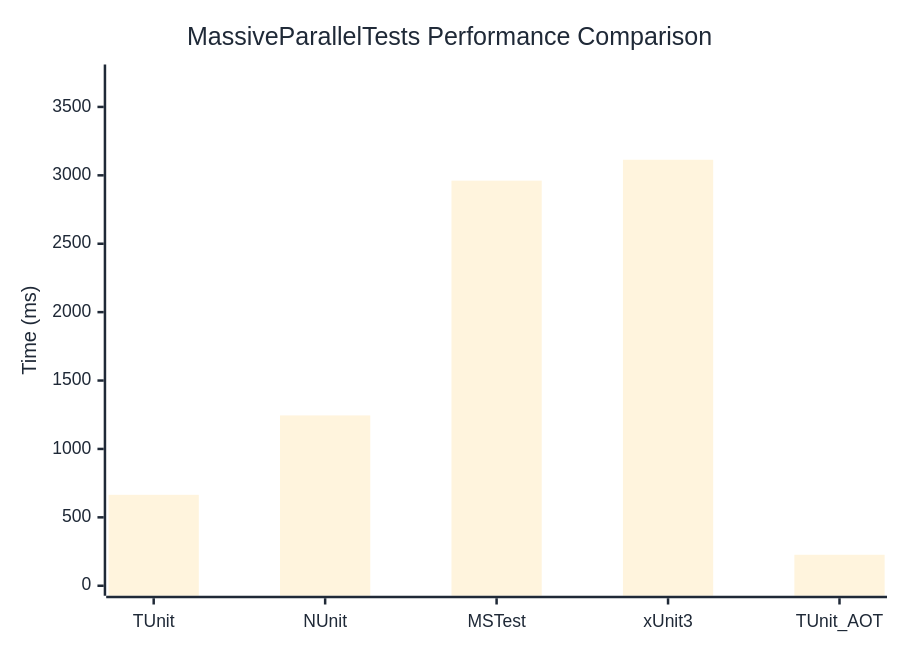
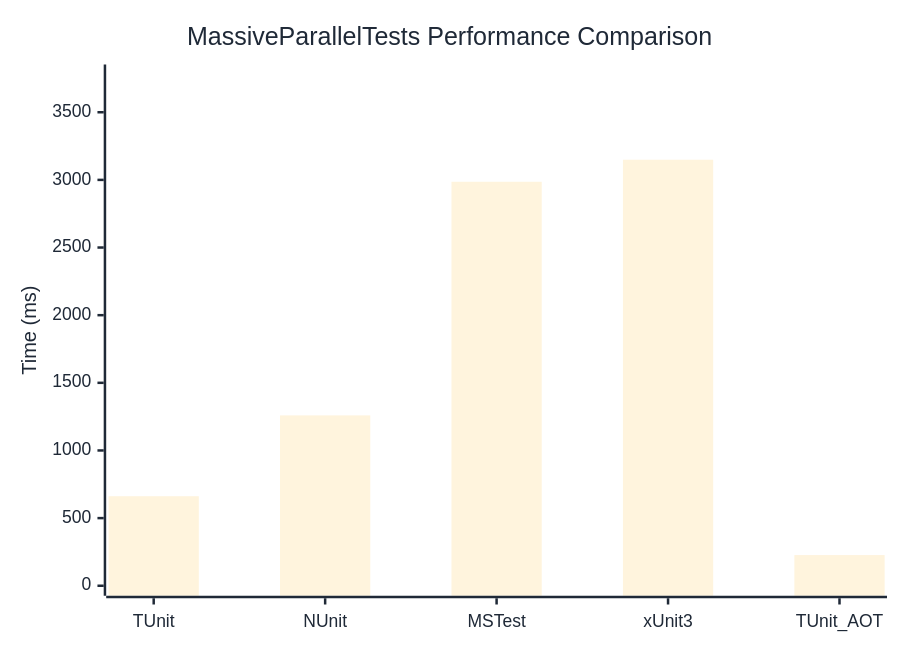
One commit to thomhurst/TUnit changed the diagram in docs/docs/benchmarks/MassiveParallelTests.md. Above: the diagram before and after it, drawn with Mermaid. The commit also changed other lines of this file and 17 other files, not shown here.

````diff
--- a/docs/docs/benchmarks/MassiveParallelTests.md
+++ b/docs/docs/benchmarks/MassiveParallelTests.md
@@ -27,37 +27,37 @@
 ```mermaid
 %%{init: {
   'theme':'base',
   'themeVariables': {
     'primaryColor': '#2563eb',
     'primaryTextColor': '#1f2937',
     'primaryBorderColor': '#1e40af',
     'lineColor': '#6b7280',
     'secondaryColor': '#7c3aed',
     'tertiaryColor': '#dc2626',
     'background': '#ffffff',
     'mainBkg': '#2563eb',
     'secondBkg': '#7c3aed',
     'tertiaryBkg': '#dc2626',
     'clusterBkg': '#f3f4f6',
     'edgeLabelBackground': '#ffffff',
     'tertiaryTextColor': '#1f2937',
     'pie1': '#2563eb',
     'pie2': '#7c3aed',
     'pie3': '#dc2626',
     'pie4': '#f59e0b',
     'pie5': '#10b981',
     'pie6': '#06b6d4',
     'pie7': '#ec4899',
     'pie8': '#6366f1',
     'pie9': '#84cc16',
     'pie10': '#f97316',
     'pie11': '#14b8a6',
     'pie12': '#a855f7'
   }
 }}%%
 xychart-beta
   title "MassiveParallelTests Performance Comparison"
   x-axis ["TUnit", "NUnit", "MSTest", "xUnit3", "TUnit_AOT"]
-  y-axis "Time (ms)" 0 --> 3737
-  bar [664.6, 1245.1, 2961.1, 3113.7, 226.5]
+  y-axis "Time (ms)" 0 --> 3779
+  bar [661.8, 1259.2, 2986.1, 3149, 226.7]
 ```
````
